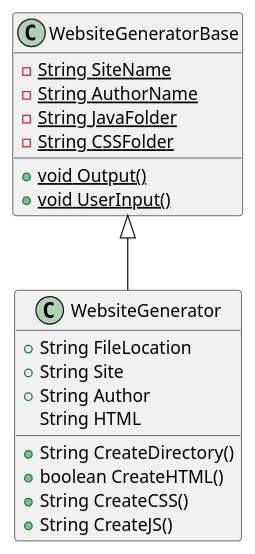
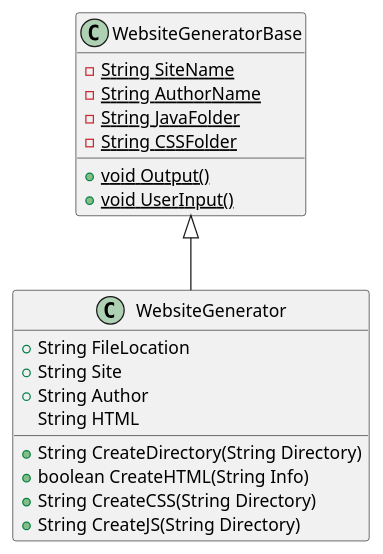
Before and after one commit to SmokeIce593/parrish-cop3330-assignment3: the diagram in docs/ex43.puml, drawn with PlantUML. The commit also changed 10 other files, not shown here.

```diff
--- a/docs/ex43.puml
+++ b/docs/ex43.puml
@@ -1,29 +1,29 @@
 @startuml
 'https://plantuml.com/class-diagram
 
 
 
 
 class WebsiteGeneratorBase{
         -{static} String SiteName
         -{static} String AuthorName
         -{static} String JavaFolder
         -{static} String CSSFolder
         +{static} void Output()
         +{static} void UserInput()
 }
 
 class WebsiteGenerator{
         + String FileLocation
         + String Site
         + String Author
           String HTML
-        + String CreateDirectory()
-        + boolean CreateHTML()
-        + String CreateCSS()
-        + String CreateJS()
+        + String CreateDirectory(String Directory)
+        + boolean CreateHTML(String Info)
+        + String CreateCSS(String Directory)
+        + String CreateJS(String Directory)
 
 }
 WebsiteGeneratorBase <|-- WebsiteGenerator
 
 @enduml
```
